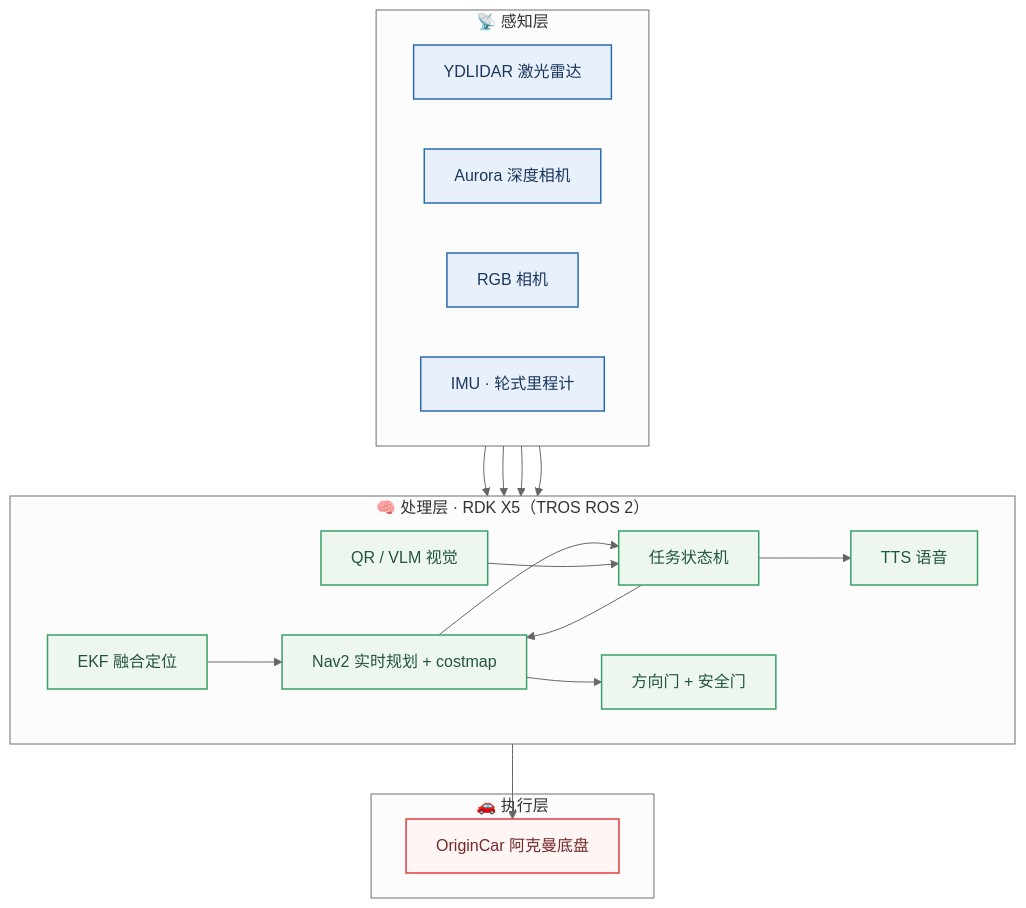
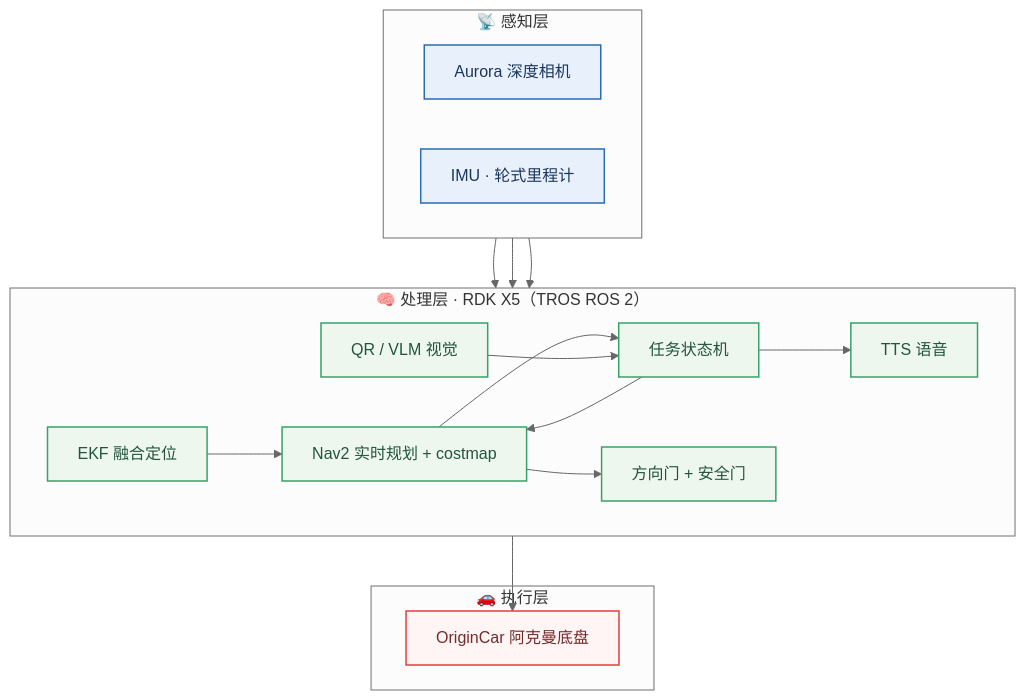
Before and after one commit to LX-HMKK/SmartCar_V2026: the first of 2 diagrams in README.md, drawn with Mermaid (neutral theme). The commit also changed other lines of this file and 5 other files, not shown here.

````diff
--- a/README.md
+++ b/README.md
@@ -29,43 +29,40 @@
 ```mermaid
 flowchart TB
     subgraph SENSE["📡 感知层"]
         direction LR
-        YL["YDLIDAR 激光雷达"]
         AU["Aurora 深度相机"]
-        CA["RGB 相机"]
         IM["IMU · 轮式里程计"]
     end
 
     subgraph PROC["🧠 处理层 · RDK X5（TROS ROS 2）"]
         direction LR
         EKF["EKF 融合定位"]
         NAV["Nav2 实时规划 + costmap"]
         VIS["QR / VLM 视觉"]
         SPC["TTS 语音"]
         TSK["任务状态机"]
         SF["方向门 + 安全门"]
     end
 
     subgraph ACT["🚗 执行层"]
         BASE["OriginCar 阿克曼底盘"]
     end
 
     IM --> EKF
-    YL --> NAV
     AU --> NAV
-    CA --> VIS
+    AU --> VIS
     EKF --> NAV
     NAV --> TSK
     VIS --> TSK
     TSK --> SPC
     TSK --> NAV
     NAV --> SF
     SF --> BASE
 
     classDef sense fill:#e8f1fb,stroke:#2b6cb0,stroke-width:1.5px,color:#1a365d
     classDef proc fill:#eef7ee,stroke:#38a169,stroke-width:1.5px,color:#22543d
     classDef act fill:#fff5f5,stroke:#e53e3e,stroke-width:1.5px,color:#742a2a
-    class YL,AU,CA,IM sense
+    class AU,IM sense
     class EKF,NAV,VIS,SPC,TSK,SF proc
     class BASE act
 ```
````
